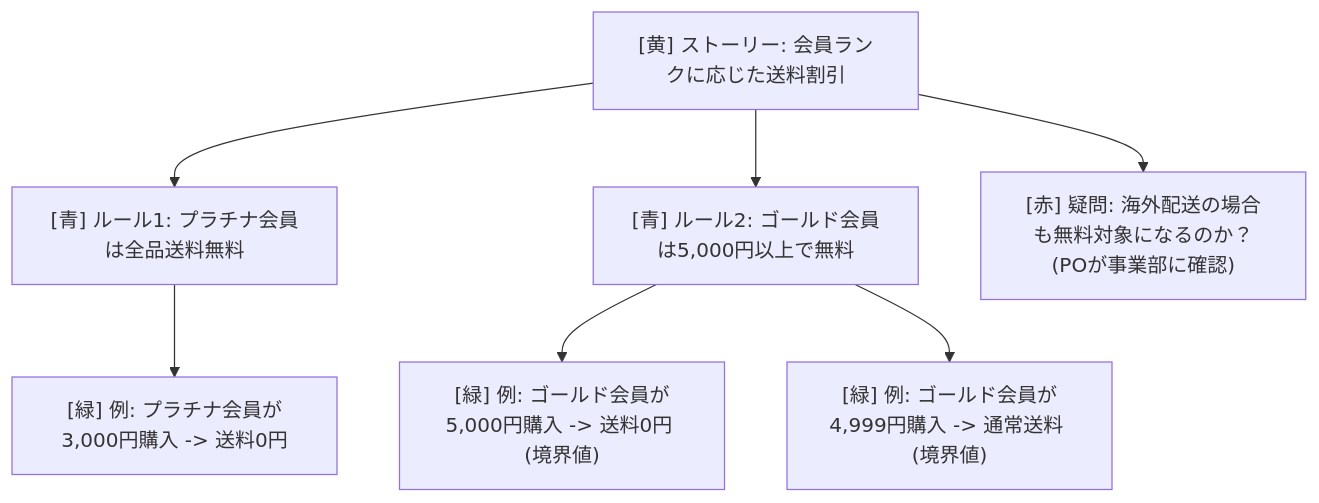
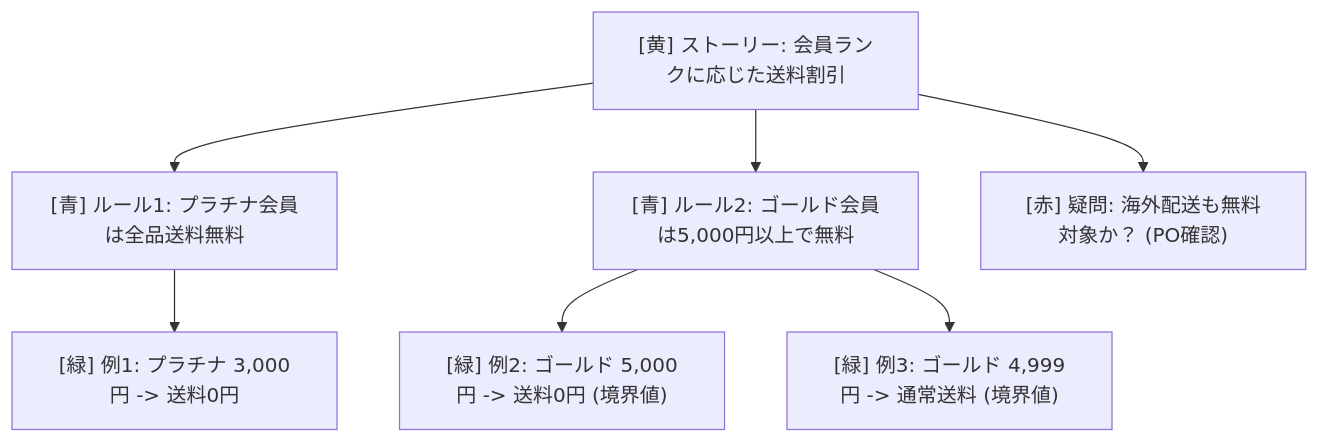
Before and after one commit to AnaharaYasuo/product-quality-management-book: the third of 4 diagrams in manuscript/05_chapter5.md, drawn with Mermaid. The commit also changed other lines of this file and 32 other files, not shown here.

````diff
--- a/manuscript/05_chapter5.md
+++ b/manuscript/05_chapter5.md
@@ -97,19 +97,15 @@
 ```mermaid
 flowchart TD
     Story["[黄] ストーリー: 会員ランクに応じた送料割引"]
-    
     Rule1["[青] ルール1: プラチナ会員は全品送料無料"]
     Rule2["[青] ルール2: ゴールド会員は5,000円以上で無料"]
-    Question["[赤] 疑問: 海外配送の場合も無料対象になるのか？<br>(POが事業部に確認)"]
+    Question["[赤] 疑問: 海外配送も無料対象か？ (PO確認)"]
+    Ex1["[緑] 例1: プラチナ 3,000円 -> 送料0円"]
+    Ex2["[緑] 例2: ゴールド 5,000円 -> 送料0円 (境界値)"]
+    Ex3["[緑] 例3: ゴールド 4,999円 -> 通常送料 (境界値)"]
 
-    Ex1["[緑] 例: プラチナ会員が3,000円購入 -> 送料0円"]
-    Ex2["[緑] 例: ゴールド会員が5,000円購入 -> 送料0円 (境界値)"]
-    Ex3["[緑] 例: ゴールド会員が4,999円購入 -> 通常送料 (境界値)"]
-
-    Story --> Rule1
-    Story --> Rule2
+    Story --> Rule1 --> Ex1
+    Story --> Rule2 --> Ex2
+    Rule2 --> Ex3
     Story --> Question
-    Rule1 --> Ex1
-    Rule2 --> Ex2
-    Rule2 --> Ex3
 ```
````
